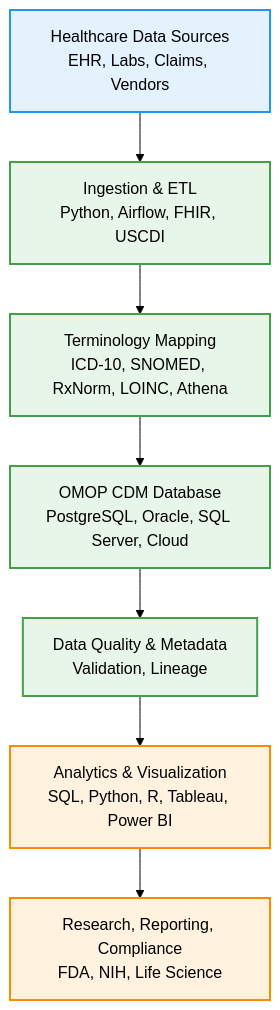
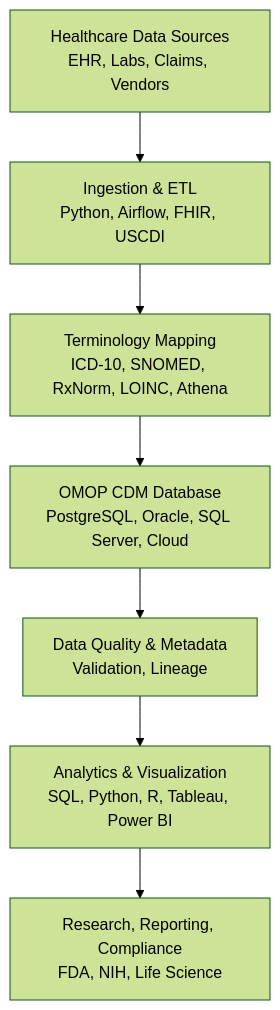
Before and after one commit to justin-mbca/omop-clinical-data-pipeline: the diagram in docs/PROJECT_OVERVIEW.md, drawn with Mermaid (forest theme). The commit also changed other lines of this file, not shown here.

Commit message:
Revert Data Workflow Diagram to original one-column top-down format

````diff
--- a/docs/PROJECT_OVERVIEW.md
+++ b/docs/PROJECT_OVERVIEW.md
@@ -17,31 +17,12 @@
 ```mermaid
 flowchart TD
-   %% Source/Data Layer (Column 1)
-   S1[Healthcare Data Sources\nEHR, Labs, Claims, Vendors]
-
-   %% ETL/Processing Layer (Column 2)
+   S1[Healthcare Data Sources\nEHR, Labs, Claims, Vendors] 
    E1[Ingestion & ETL\nPython, Airflow, FHIR, USCDI]
    E2[Terminology Mapping\nICD-10, SNOMED, RxNorm, LOINC, Athena]
    E3[OMOP CDM Database\nPostgreSQL, Oracle, SQL Server, Cloud]
    E4[Data Quality & Metadata\nValidation, Lineage]
-
-   %% Analytics/Reporting Layer (Column 3)
    A1[Analytics & Visualization\nSQL, Python, R, Tableau, Power BI]
    A2[Research, Reporting, Compliance\nFDA, NIH, Life Science]
 
-   %% Arrange as columns for readability
-   S1 --> E1
-   E1 --> E2
-   E2 --> E3
-   E3 --> E4
-   E4 --> A1
-   A1 --> A2
-
-   %% Grouping (visual only)
-   classDef source fill:#e3f2fd,stroke:#2196f3,stroke-width:2px;
-   classDef etl fill:#e8f5e9,stroke:#43a047,stroke-width:2px;
-   classDef analytics fill:#fff3e0,stroke:#fb8c00,stroke-width:2px;
-   class S1 source;
-   class E1,E2,E3,E4 etl;
-   class A1,A2 analytics;
+   S1 --> E1 --> E2 --> E3 --> E4 --> A1 --> A2
 ```
````
